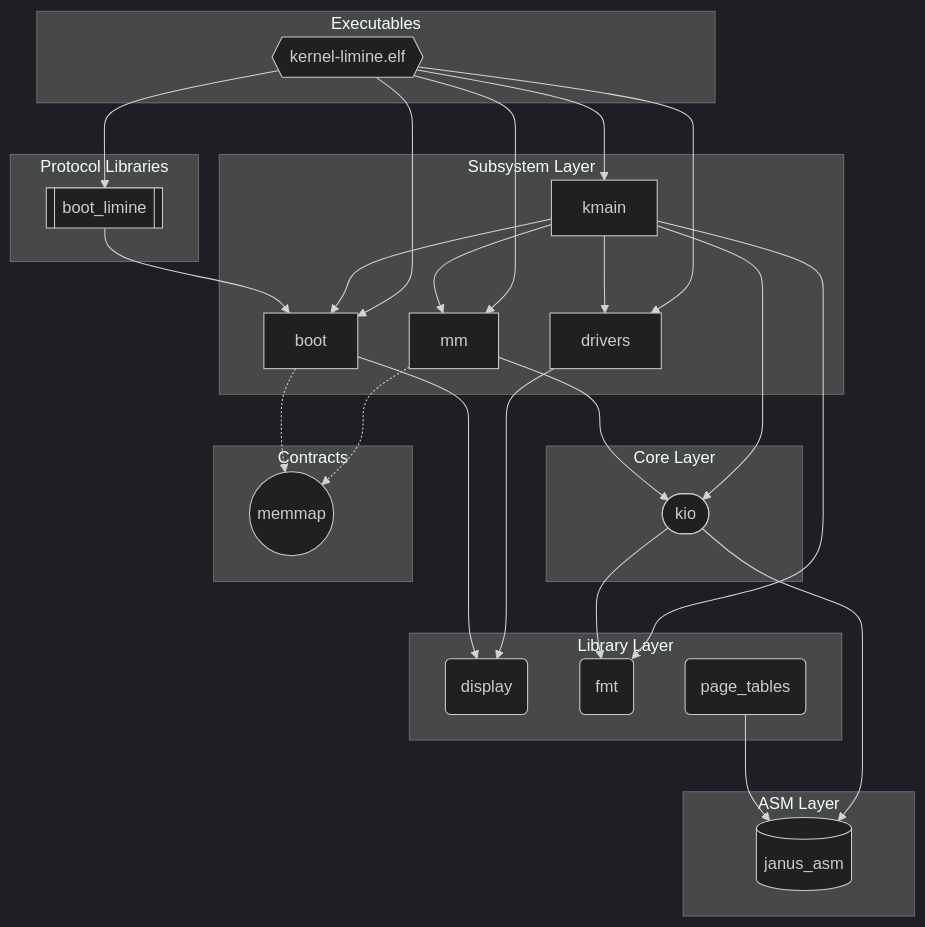
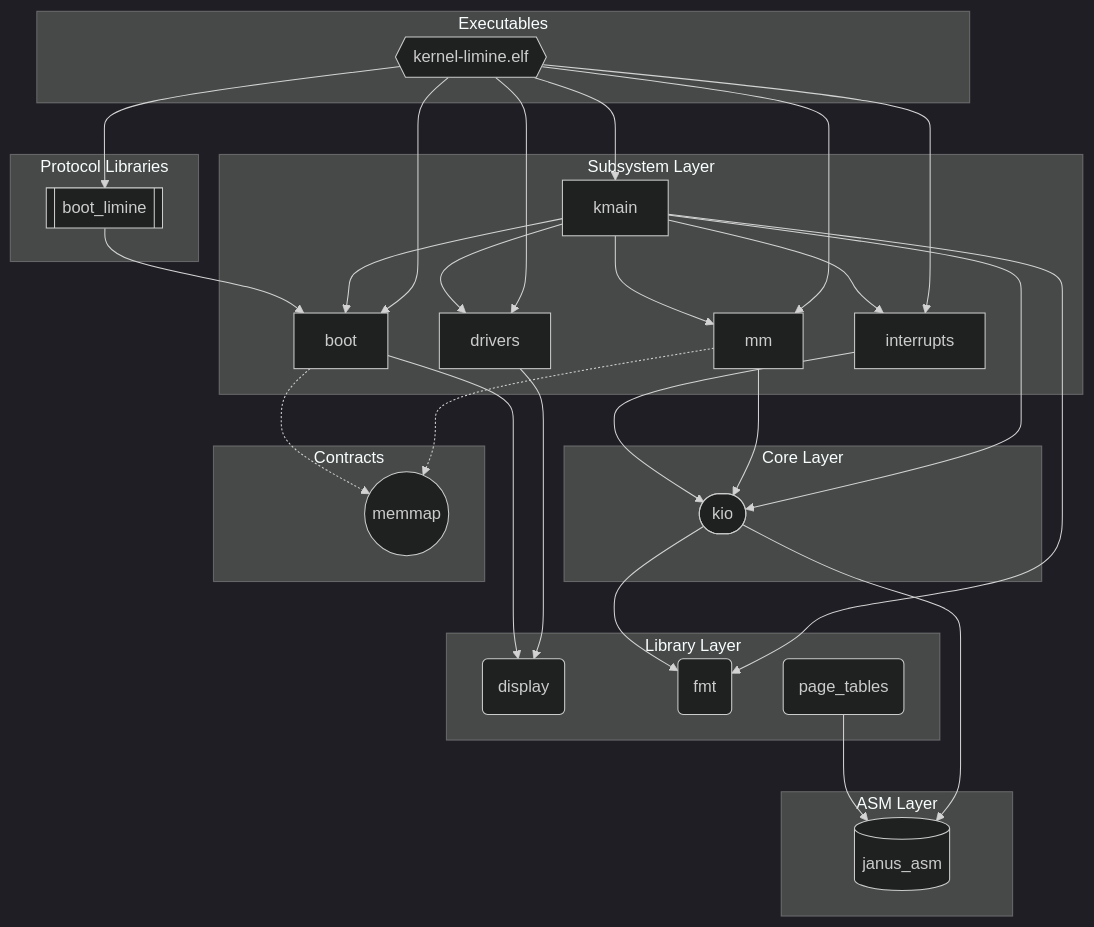
The diagram in docs/generated/deps-aarch64.md (FrederikTobner/JANUS), drawn with Mermaid (dark theme) before and after one commit. The commit also changed 58 other files, not shown here.

````diff
--- a/docs/generated/deps-aarch64.md
+++ b/docs/generated/deps-aarch64.md
@@ -3,48 +3,52 @@
 ```mermaid
 graph TD
   subgraph lib_layer["Library Layer"]
     display("display")
     fmt("fmt")
     page_tables("page_tables")
   end
   subgraph core_layer["Core Layer"]
     kio(["kio"])
   end
   subgraph subsys_layer["Subsystem Layer"]
     boot["boot"]
     drivers["drivers"]
+    interrupts["interrupts"]
     mm["mm"]
     kmain["kmain"]
   end
   subgraph proto_layer["Protocol Libraries"]
     boot_limine[["boot_limine"]]
   end
   subgraph exec_layer["Executables"]
     kernel_limine_elf{{"kernel-limine.elf"}}
   end
   subgraph asm_layer["ASM Layer"]
     janus_asm[("janus_asm")]
   end
   subgraph contract_layer["Contracts"]
     janus_contract_memmap(("memmap"))
   end
   page_tables --> janus_asm
   kio --> fmt
   kio --> janus_asm
   boot --> display
   boot -.-> janus_contract_memmap
   boot_limine --> boot
   drivers --> display
+  interrupts --> kio
   mm --> kio
   mm -.-> janus_contract_memmap
   kmain --> drivers
   kmain --> boot
   kmain --> fmt
+  kmain --> interrupts
   kmain --> kio
   kmain --> mm
-  kernel_limine_elf --> drivers
   kernel_limine_elf --> boot
   kernel_limine_elf --> boot_limine
+  kernel_limine_elf --> drivers
+  kernel_limine_elf --> interrupts
   kernel_limine_elf --> mm
   kernel_limine_elf --> kmain
 ```
````
